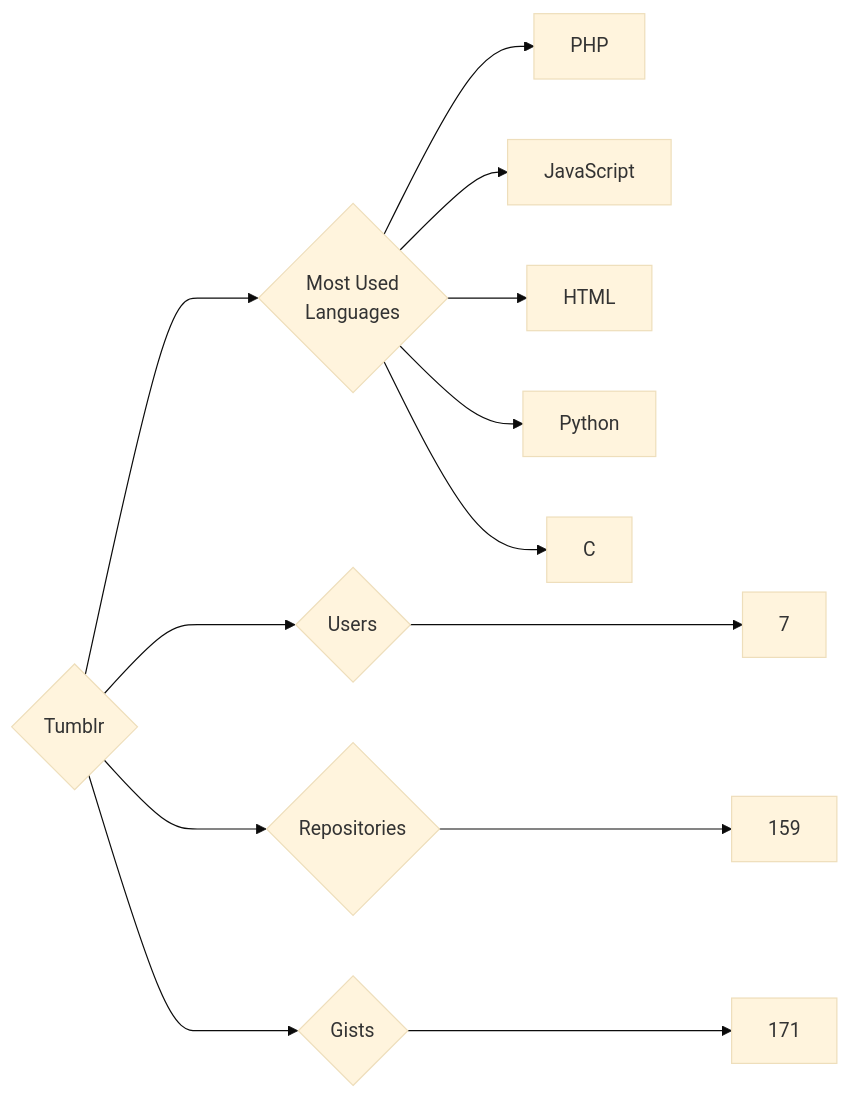
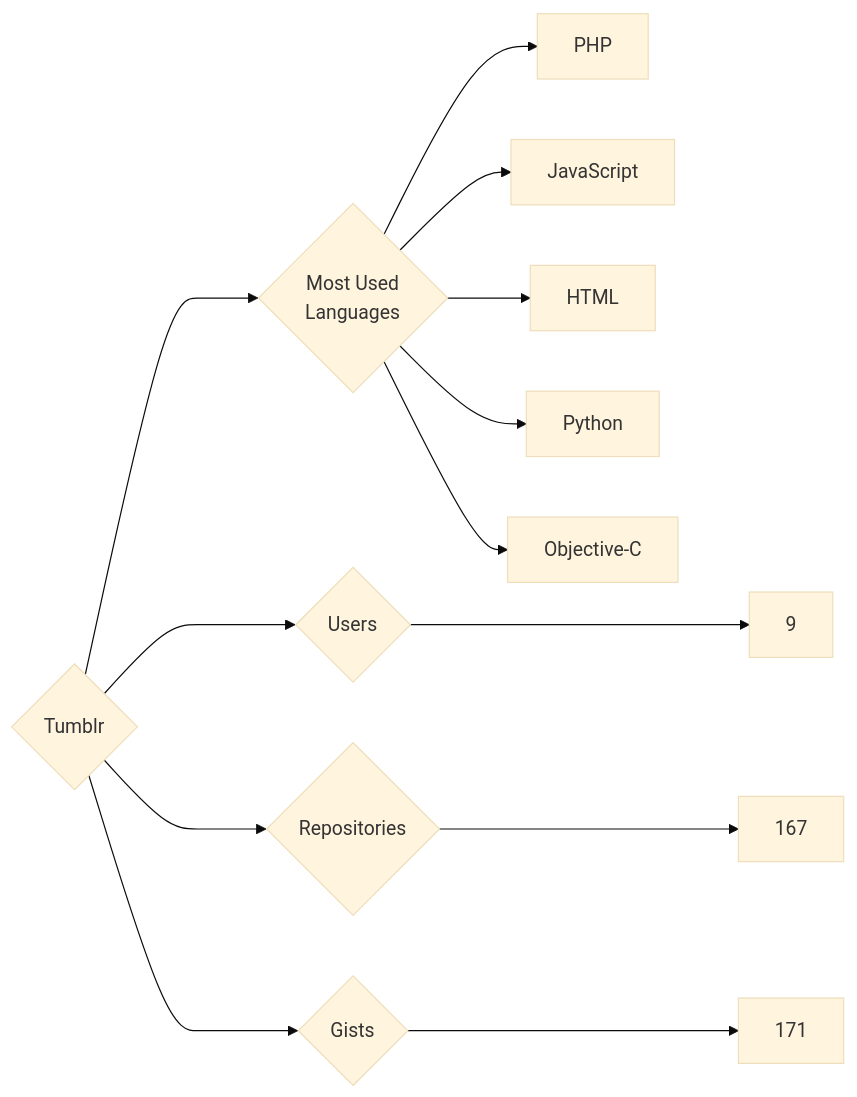
Before and after one commit to trickest/insiders: the diagram in targets/Tumblr/README.md, drawn with Mermaid (base theme). The commit also changed 794 other files, not shown here.

````diff
--- a/targets/Tumblr/README.md
+++ b/targets/Tumblr/README.md
@@ -3,13 +3,13 @@
 ```mermaid
 graph LR
 COMPANY_NAME{Tumblr}
-COMPANY_NAME ---> U{Users} ---> UN[7]
-COMPANY_NAME ---> R{Repositories} ---> RN[159]
+COMPANY_NAME ---> U{Users} ---> UN[9]
+COMPANY_NAME ---> R{Repositories} ---> RN[167]
 COMPANY_NAME ---> G{Gists} ---> GN[171]
 COMPANY_NAME ---> ML{Most Used<br>Languages}
 ML --> PHP[PHP]
 ML --> JavaScript[JavaScript]
 ML --> HTML[HTML]
 ML --> Python[Python]
-ML --> C[C]
+ML --> Objective-C[Objective-C]
 ```
````
